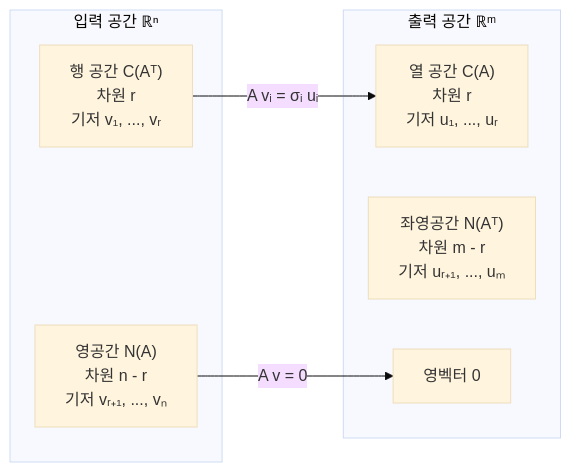
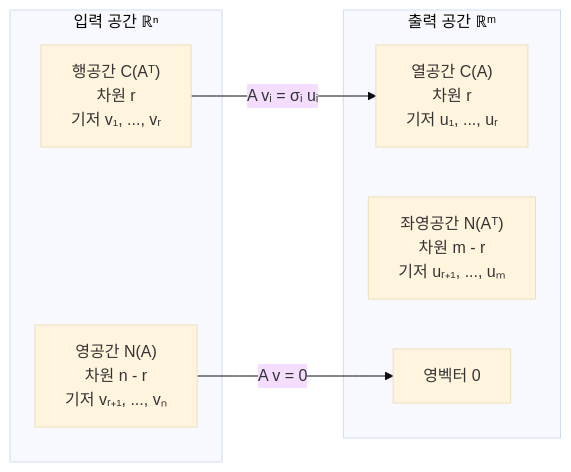
One commit to Choroning/26Spring_Computer-Linear-Algebra changed the first of 2 diagrams in Lecture-Notes/Ch07_Singular-Value-Decomposition/Concepts_Lecture.ko.md. Above: the diagram before and after it, drawn with Mermaid (base theme). The commit also changed other lines of this file and 18 other files, not shown here.

````diff
--- a/Lecture-Notes/Ch07_Singular-Value-Decomposition/Concepts_Lecture.ko.md
+++ b/Lecture-Notes/Ch07_Singular-Value-Decomposition/Concepts_Lecture.ko.md
@@ -91,14 +91,14 @@
 ```mermaid
 flowchart LR
     subgraph IN["입력 공간 ℝⁿ"]
-        ROW["행 공간 C(Aᵀ)<br>차원 r<br>기저 v₁, ..., vᵣ"]
+        ROW["행공간 C(Aᵀ)<br>차원 r<br>기저 v₁, ..., vᵣ"]
         NUL["영공간 N(A)<br>차원 n - r<br>기저 vᵣ₊₁, ..., vₙ"]
     end
     subgraph OUT["출력 공간 ℝᵐ"]
-        COL["열 공간 C(A)<br>차원 r<br>기저 u₁, ..., uᵣ"]
+        COL["열공간 C(A)<br>차원 r<br>기저 u₁, ..., uᵣ"]
         LNU["좌영공간 N(Aᵀ)<br>차원 m - r<br>기저 uᵣ₊₁, ..., uₘ"]
         ZERO["영벡터 0"]
     end
     ROW -- "A vᵢ = σᵢ uᵢ" --> COL
     NUL -- "A v = 0" --> ZERO
 ```
````
